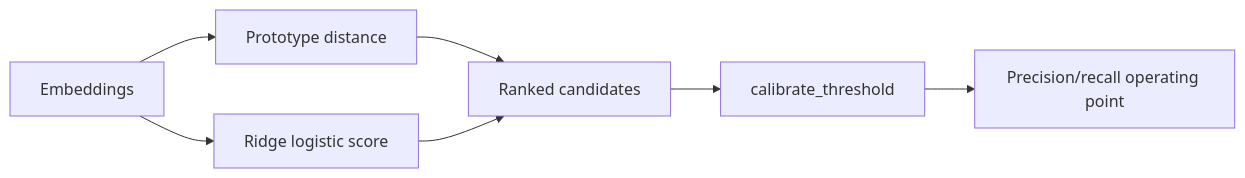
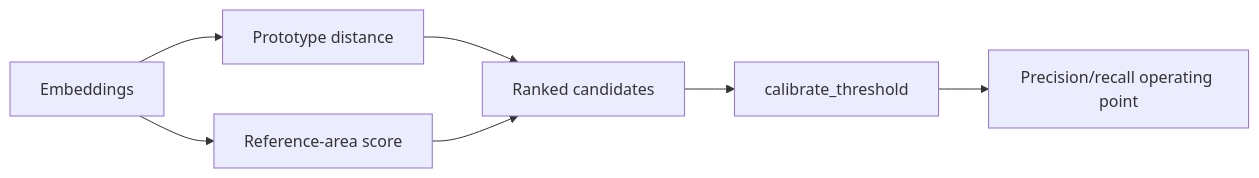
The fifth of 5 diagrams in vignettes/package-overview.qmd (openalexPro/openalexVectorComp), drawn with Mermaid before and after one commit. The commit also changed other lines of this file and 27 other files, not shown here.

````diff
--- a/vignettes/package-overview.qmd
+++ b/vignettes/package-overview.qmd
@@ -218,9 +219,9 @@
 ```{mermaid}
 flowchart LR
   A[Embeddings] --> B[Prototype distance]
-  A --> C[Ridge logistic score]
+  A --> C[Reference-area score]
   B --> D[Ranked candidates]
   C --> D
   D --> E[calibrate_threshold]
   E --> F[Precision/recall operating point]
 ```
````
